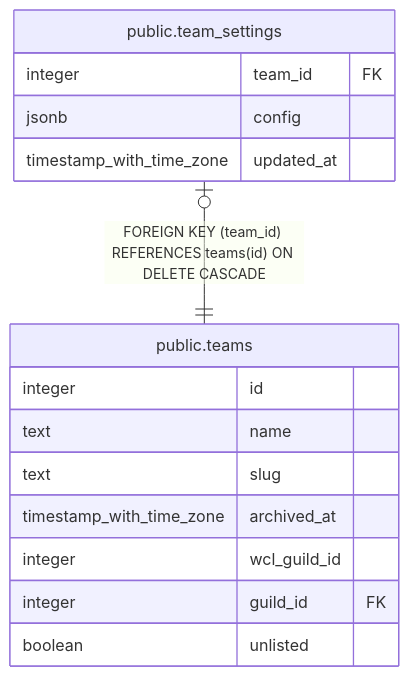
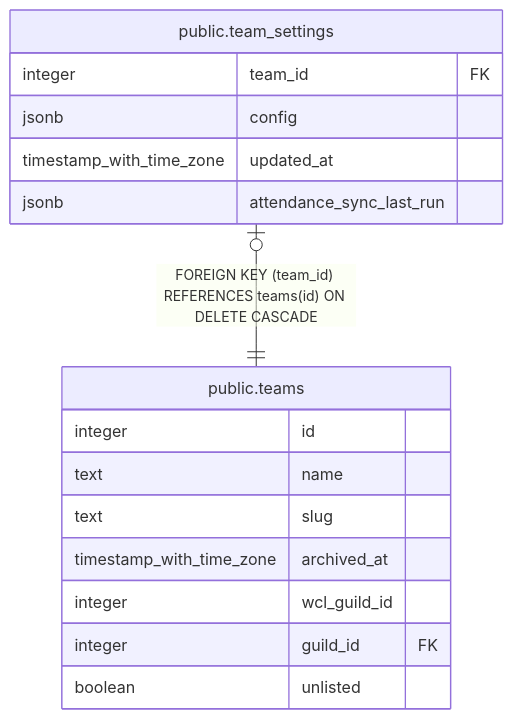
The diagram in dbdoc/public.team_settings.md (katogaming88/WGA-Raid-Hub), drawn with Mermaid before and after one commit. The commit also changed other lines of this file and 42 other files, not shown here.

````diff
--- a/dbdoc/public.team_settings.md
+++ b/dbdoc/public.team_settings.md
@@ -32,20 +33,21 @@
 ```mermaid
 erDiagram
 
 "public.team_settings" |o--|| "public.teams" : "FOREIGN KEY (team_id) REFERENCES teams(id) ON DELETE CASCADE"
 
 "public.team_settings" {
   integer team_id FK
   jsonb config
   timestamp_with_time_zone updated_at
+  jsonb attendance_sync_last_run
 }
 "public.teams" {
   integer id
   text name
   text slug
   timestamp_with_time_zone archived_at
   integer wcl_guild_id
   integer guild_id FK
   boolean unlisted
 }
 ```
````
